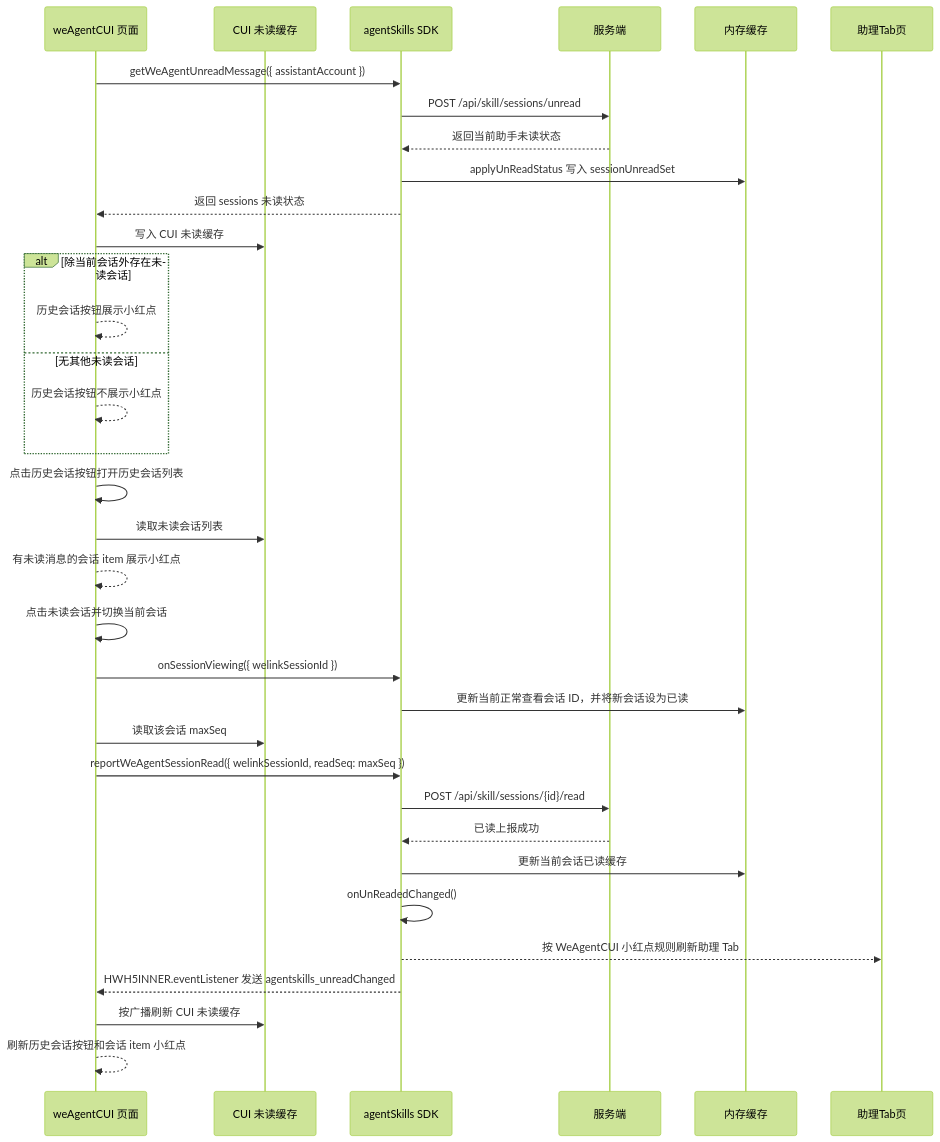
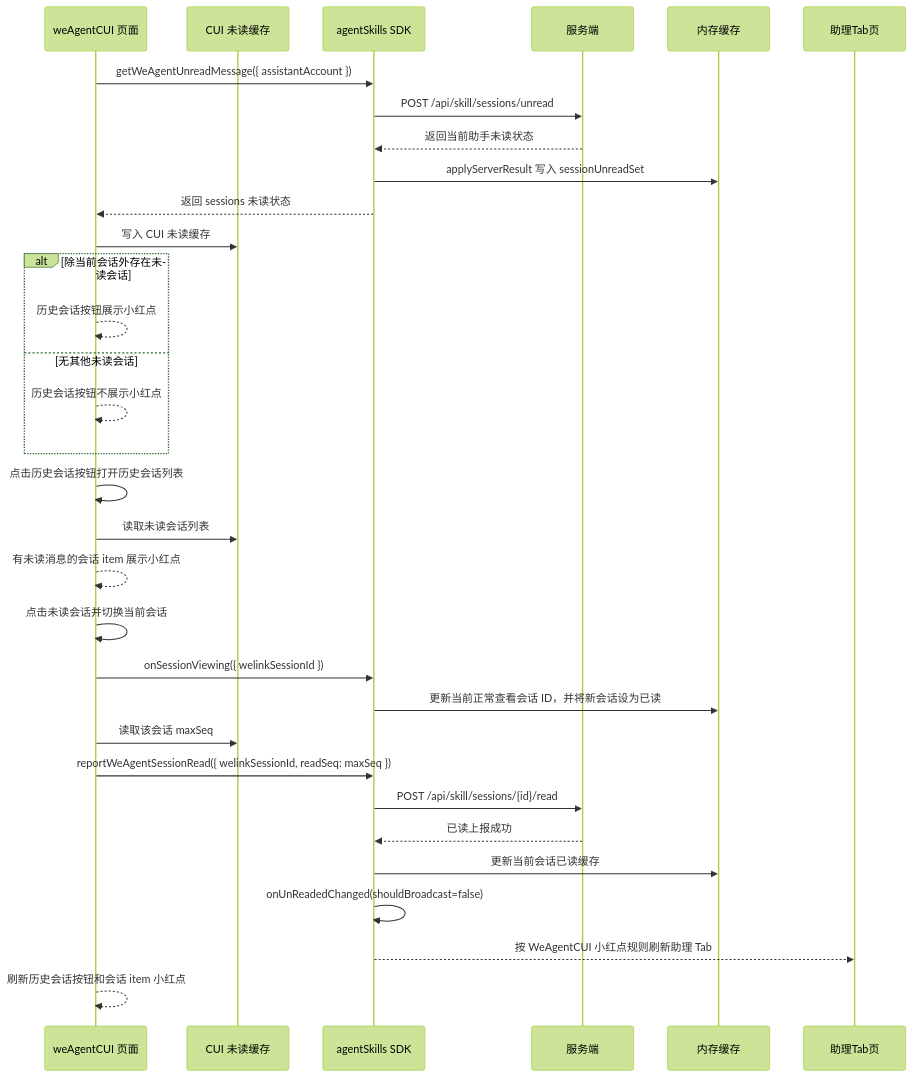
One commit to Abelsjcheng/skillSDK changed the eighth of 10 diagrams in 2026-06-11-we-agent-tab-unread-red-dot-plan.md. Above: the diagram before and after it, drawn with Mermaid (forest theme). The commit also changed other lines of this file, not shown here.

````diff
--- a/2026-06-11-we-agent-tab-unread-red-dot-plan.md
+++ b/2026-06-11-we-agent-tab-unread-red-dot-plan.md
@@ -336,37 +343,35 @@
 ```mermaid
 sequenceDiagram
     participant CUI as weAgentCUI 页面
     participant CUICache as CUI 未读缓存
     participant SDK as agentSkills SDK
     participant Server as 服务端
     participant Memory as 内存缓存
     participant Tab as 助理Tab页
 
     CUI->>SDK: getWeAgentUnreadMessage({ assistantAccount })
     SDK->>Server: POST /api/skill/sessions/unread
     Server-->>SDK: 返回当前助手未读状态
-    SDK->>Memory: applyUnReadStatus 写入 sessionUnreadSet
+    SDK->>Memory: applyServerResult 写入 sessionUnreadSet
     SDK-->>CUI: 返回 sessions 未读状态
     CUI->>CUICache: 写入 CUI 未读缓存
     alt 除当前会话外存在未读会话
         CUI-->>CUI: 历史会话按钮展示小红点
     else 无其他未读会话
         CUI-->>CUI: 历史会话按钮不展示小红点
     end
     CUI->>CUI: 点击历史会话按钮打开历史会话列表
     CUI->>CUICache: 读取未读会话列表
     CUI-->>CUI: 有未读消息的会话 item 展示小红点
     CUI->>CUI: 点击未读会话并切换当前会话
     CUI->>SDK: onSessionViewing({ welinkSessionId })
     SDK->>Memory: 更新当前正常查看会话 ID，并将新会话设为已读
     CUI->>CUICache: 读取该会话 maxSeq
     CUI->>SDK: reportWeAgentSessionRead({ welinkSessionId, readSeq: maxSeq })
     SDK->>Server: POST /api/skill/sessions/{id}/read
     Server-->>SDK: 已读上报成功
     SDK->>Memory: 更新当前会话已读缓存
-    SDK->>SDK: onUnReadedChanged()
+    SDK->>SDK: onUnReadedChanged(shouldBroadcast=false)
     SDK-->>Tab: 按 WeAgentCUI 小红点规则刷新助理 Tab
-    SDK-->>CUI: HWH5INNER.eventListener 发送 agentskills_unreadChanged
-    CUI->>CUICache: 按广播刷新 CUI 未读缓存
     CUI-->>CUI: 刷新历史会话按钮和会话 item 小红点
 ```
````
